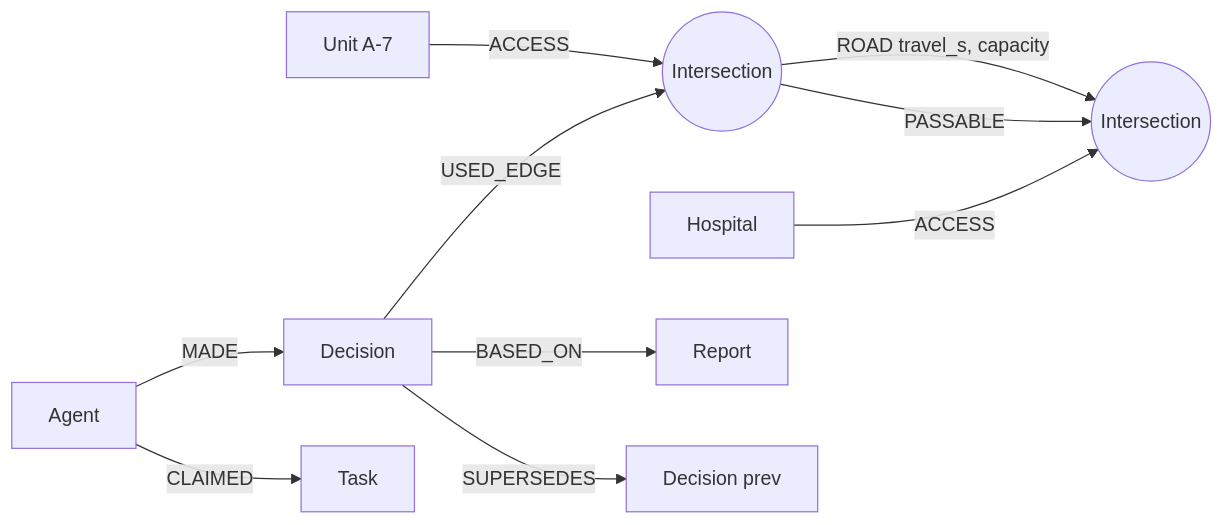
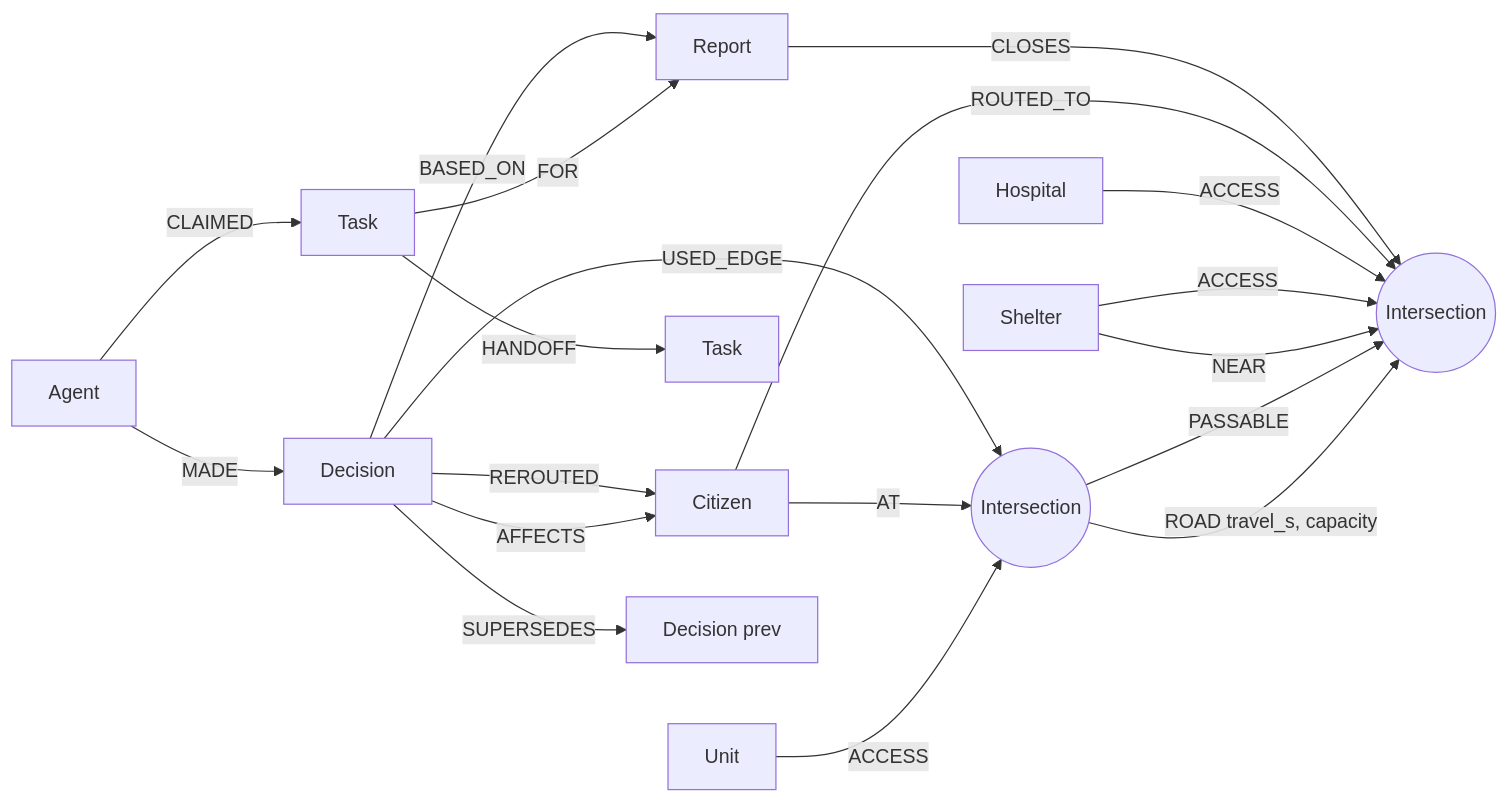
One commit to zaprillcom-cpu/Floodline changed the second of 2 diagrams in README.md. Above: the diagram before and after it, drawn with Mermaid. The commit also changed other lines of this file and 27 other files, not shown here.

````diff
--- a/README.md
+++ b/README.md
@@ -218,12 +233,21 @@
 ```mermaid
 graph LR
   I1((Intersection)) -- "ROAD travel_s, capacity" --> I2((Intersection))
   I1 -- PASSABLE --> I2
+  S[Shelter] -- NEAR --> I2
+  S -- ACCESS --> I2
   H[Hospital] -- ACCESS --> I2
-  U[Unit A-7] -- ACCESS --> I1
+  U[Unit] -- ACCESS --> I1
+  C[Citizen] -- AT --> I1
+  C -- ROUTED_TO --> I2
   A[Agent] -- MADE --> D[Decision]
-  D -- BASED_ON --> R[Report]
+  A -- CLAIMED --> T[Task]
+  T -- HANDOFF --> T2[Task]
+  T -- FOR --> R[Report]
+  R -- CLOSES --> I2
+  D -- BASED_ON --> R
   D -- SUPERSEDES --> D0[Decision prev]
+  D -- AFFECTS --> C
+  D -- REROUTED --> C
   D -- USED_EDGE --> I1
-  A -- CLAIMED --> T[Task]
 ```
````
